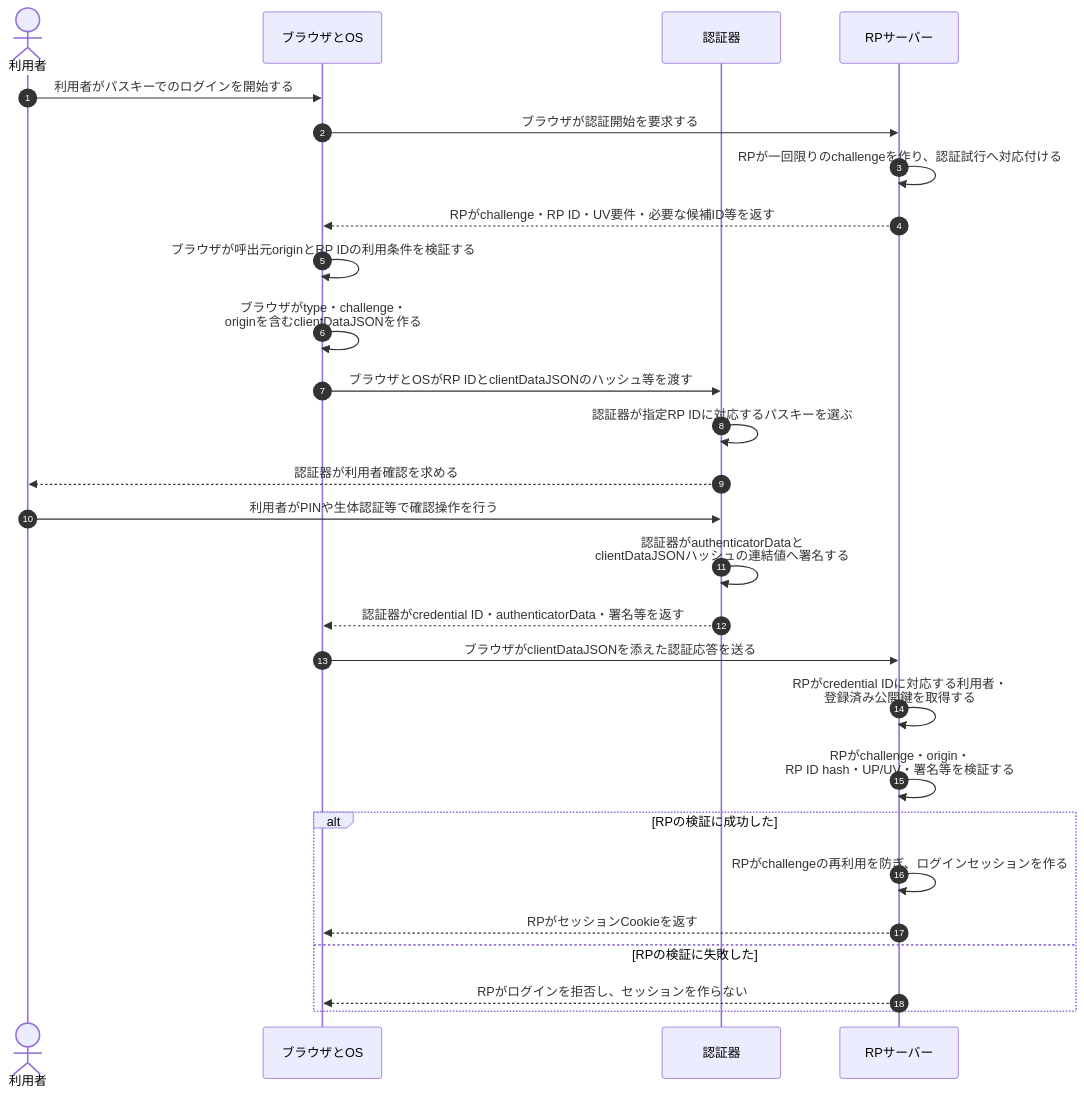
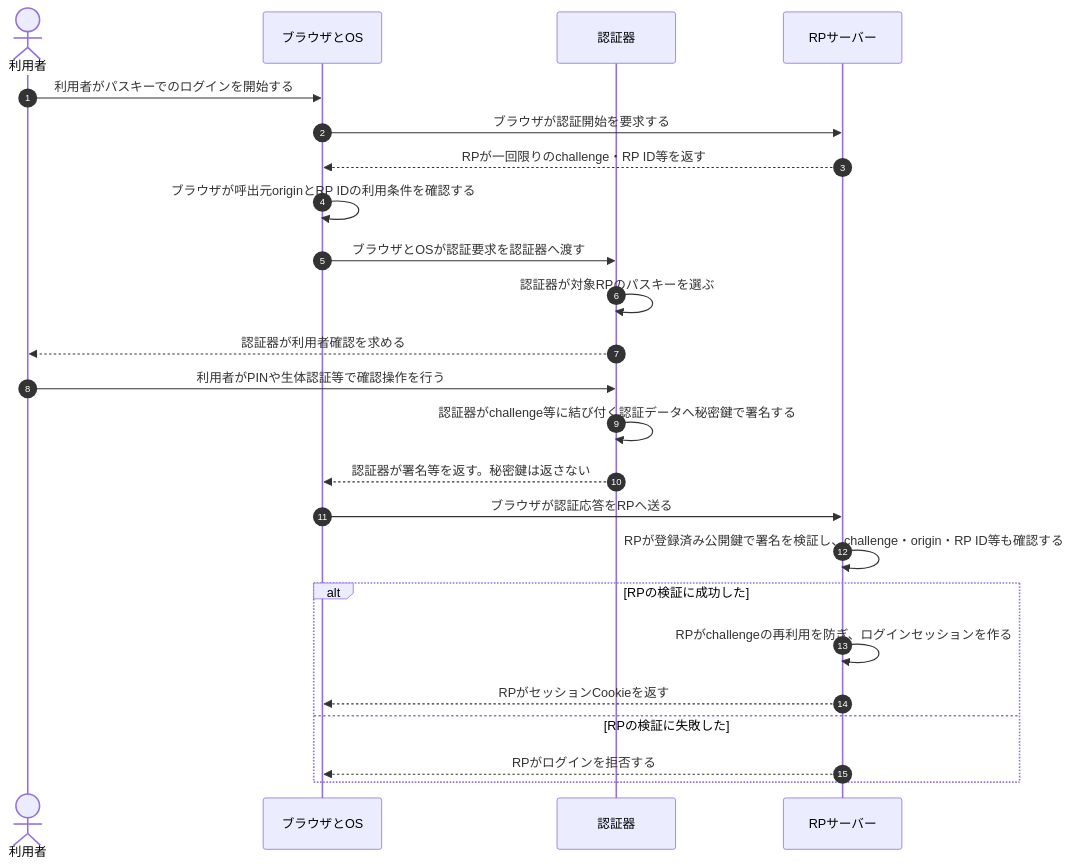
The second of 2 diagrams in 復習用/流れ図/WebAuthnとパスキー認証.md (ryusuke2003/security-specialist-study), drawn with Mermaid before and after one commit. The commit also changed other lines of this file, not shown here.

Commit message:
WebAuthn流れ図のデータ構造詳細を整理

````diff
--- a/復習用/流れ図/WebAuthnとパスキー認証.md
+++ b/復習用/流れ図/WebAuthnとパスキー認証.md
@@ -82,30 +72,27 @@
 ```mermaid
 sequenceDiagram
     autonumber
     actor U as 利用者
     participant B as ブラウザとOS
     participant A as 認証器
     participant R as RPサーバー
 
     U->>B: 利用者がパスキーでのログインを開始する
     B->>R: ブラウザが認証開始を要求する
-    R->>R: RPが一回限りのchallengeを作り、認証試行へ対応付ける
-    R-->>B: RPがchallenge・RP ID・UV要件・必要な候補ID等を返す
-    B->>B: ブラウザが呼出元originとRP IDの利用条件を検証する
-    B->>B: ブラウザがtype・challenge・<br/>originを含むclientDataJSONを作る
-    B->>A: ブラウザとOSがRP IDとclientDataJSONのハッシュ等を渡す
-    A->>A: 認証器が指定RP IDに対応するパスキーを選ぶ
+    R-->>B: RPが一回限りのchallenge・RP ID等を返す
+    B->>B: ブラウザが呼出元originとRP IDの利用条件を確認する
+    B->>A: ブラウザとOSが認証要求を認証器へ渡す
+    A->>A: 認証器が対象RPのパスキーを選ぶ
     A-->>U: 認証器が利用者確認を求める
     U->>A: 利用者がPINや生体認証等で確認操作を行う
-    A->>A: 認証器がauthenticatorDataと<br/>clientDataJSONハッシュの連結値へ署名する
-    A-->>B: 認証器がcredential ID・authenticatorData・署名等を返す
-    B->>R: ブラウザがclientDataJSONを添えた認証応答を送る
-    R->>R: RPがcredential IDに対応する利用者・<br/>登録済み公開鍵を取得する
-    R->>R: RPがchallenge・origin・<br/>RP ID hash・UP/UV・署名等を検証する
+    A->>A: 認証器がchallenge等に結び付く認証データへ秘密鍵で署名する
+    A-->>B: 認証器が署名等を返す。秘密鍵は返さない
+    B->>R: ブラウザが認証応答をRPへ送る
+    R->>R: RPが登録済み公開鍵で署名を検証し、challenge・origin・RP ID等も確認する
     alt RPの検証に成功した
         R->>R: RPがchallengeの再利用を防ぎ、ログインセッションを作る
         R-->>B: RPがセッションCookieを返す
     else RPの検証に失敗した
-        R-->>B: RPがログインを拒否し、セッションを作らない
+        R-->>B: RPがログインを拒否する
     end
 ```
````
